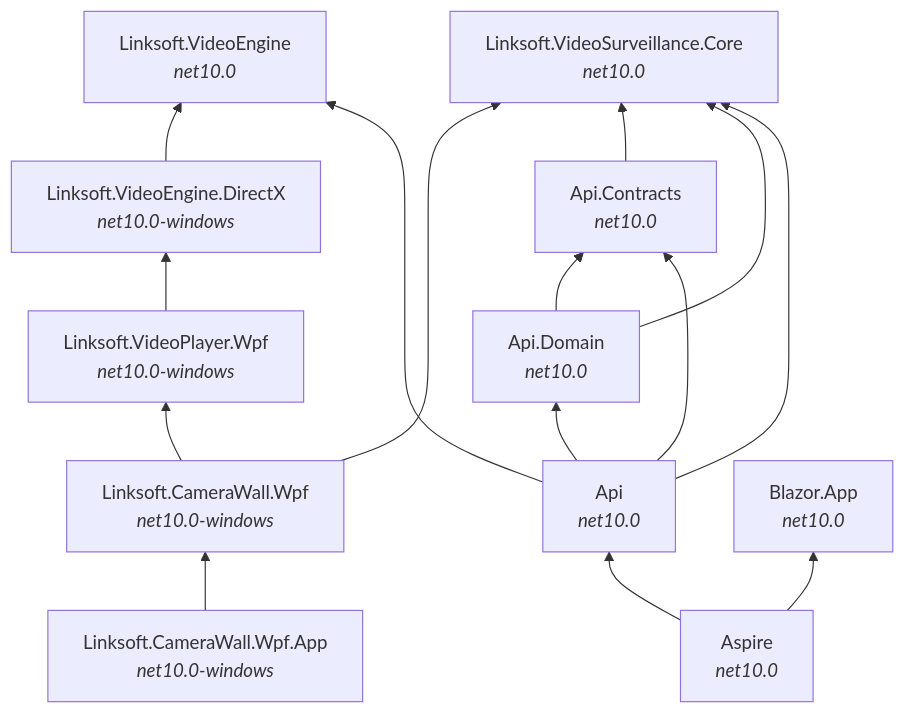
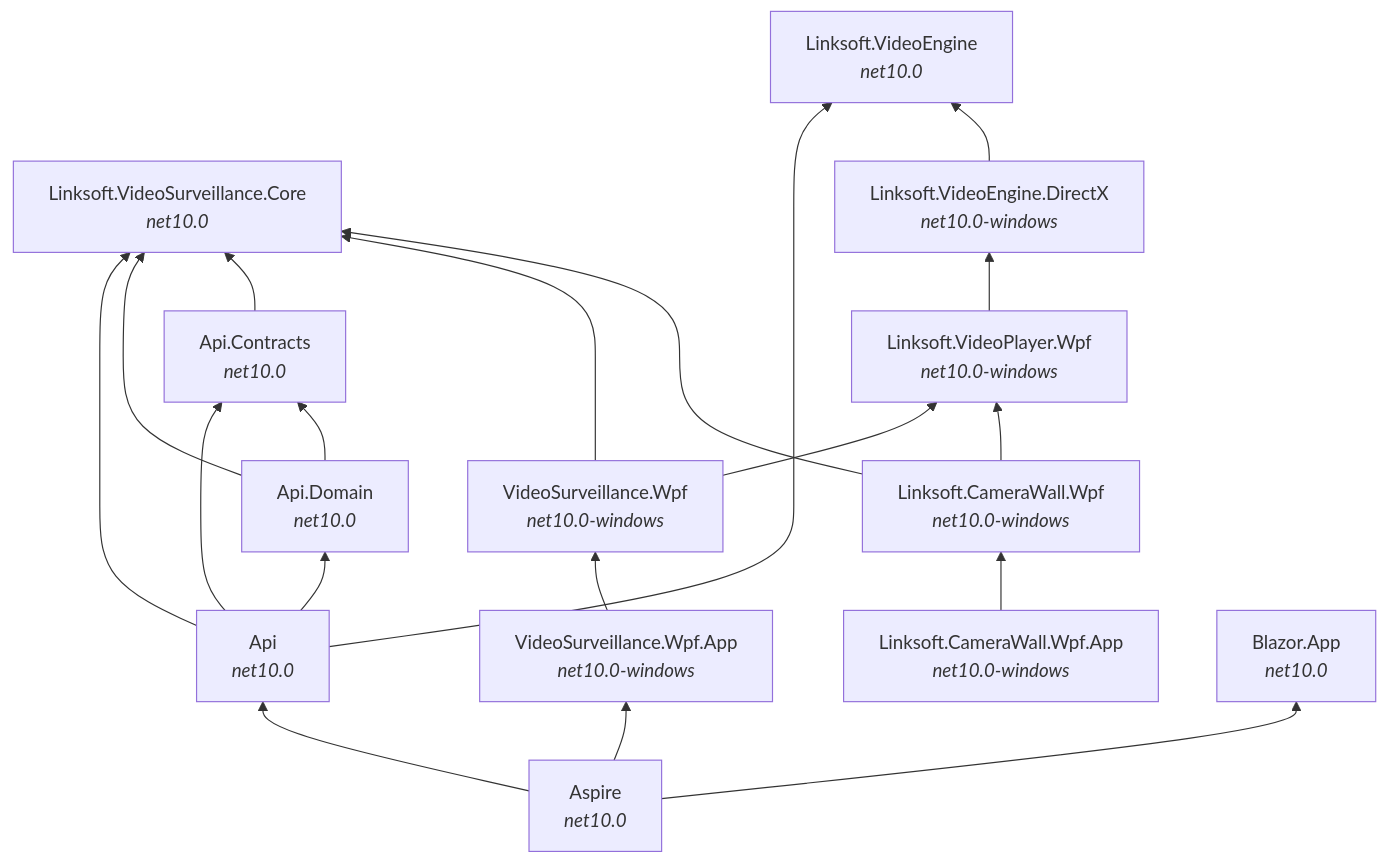
The second of 8 diagrams in docs/architecture.md (davidkallesen/Linksoft.VideoSurveillance), drawn with Mermaid before and after one commit. The commit also changed other lines of this file and 76 other files, not shown here.

Commit message:
feat: add Linksoft.VideoSurveillance.Wpf and Linksoft.VideoSurveillance.Wpf.App

````diff
--- a/docs/architecture.md
+++ b/docs/architecture.md
@@ -32,29 +35,35 @@
 ```mermaid
 graph BT
     Core["Linksoft.VideoSurveillance.Core<br/><i>net10.0</i>"]
     VE["Linksoft.VideoEngine<br/><i>net10.0</i>"]
     DX["Linksoft.VideoEngine.DirectX<br/><i>net10.0-windows</i>"]
     VP["Linksoft.VideoPlayer.Wpf<br/><i>net10.0-windows</i>"]
     CW["Linksoft.CameraWall.Wpf<br/><i>net10.0-windows</i>"]
     App["Linksoft.CameraWall.Wpf.App<br/><i>net10.0-windows</i>"]
+    VSWpf["VideoSurveillance.Wpf<br/><i>net10.0-windows</i>"]
+    VSApp["VideoSurveillance.Wpf.App<br/><i>net10.0-windows</i>"]
     Contracts["Api.Contracts<br/><i>net10.0</i>"]
     Domain["Api.Domain<br/><i>net10.0</i>"]
     API["Api<br/><i>net10.0</i>"]
     Blazor["Blazor.App<br/><i>net10.0</i>"]
     Aspire["Aspire<br/><i>net10.0</i>"]
 
     DX --> VE
     VP --> DX
     CW --> Core
     CW --> VP
     App --> CW
+    VSWpf --> Core
+    VSWpf --> VP
+    VSApp --> VSWpf
     Contracts --> Core
     Domain --> Contracts
     Domain --> Core
     API --> Domain
     API --> Contracts
     API --> Core
     API --> VE
     Aspire --> API
     Aspire --> Blazor
+    Aspire --> VSApp
 ```
````
